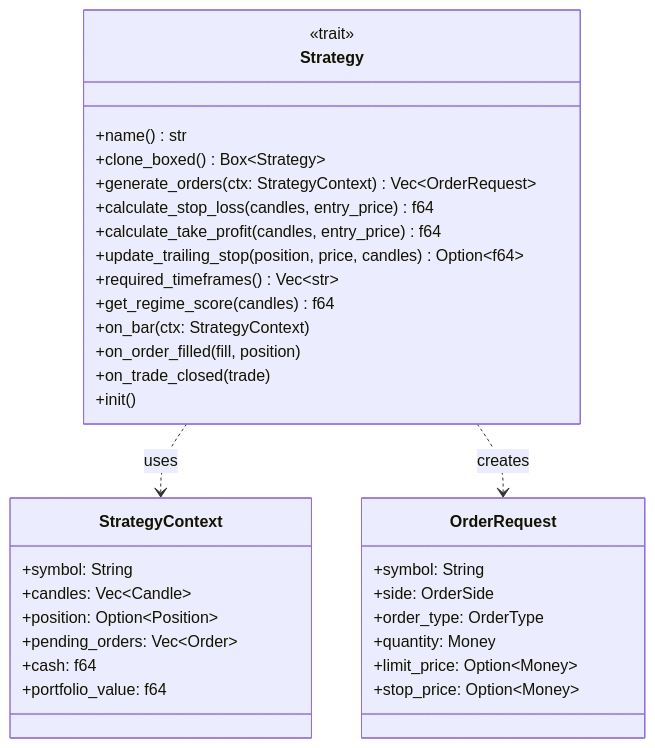
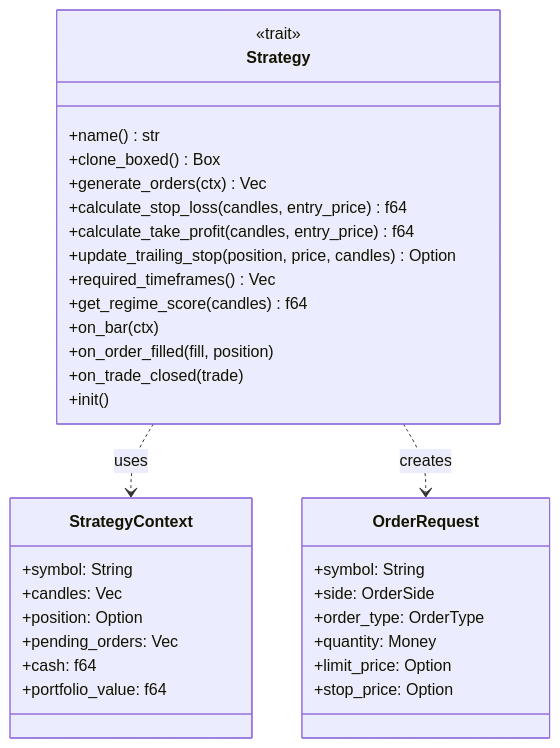
One commit to P0W/crypto-strategies changed the fifth of 8 diagrams in docs/ARCHITECTURE.md. Above: the diagram before and after it, drawn with Mermaid. The commit also changed other lines of this file, not shown here.

Commit message:
fix: Mermaid syntax - remove parentheses and generics

````diff
--- a/docs/ARCHITECTURE.md
+++ b/docs/ARCHITECTURE.md
@@ -185,39 +185,39 @@
 ```mermaid
 classDiagram
     class Strategy {
         <<trait>>
         +name() str
-        +clone_boxed() Box~Strategy~
-        +generate_orders(ctx: StrategyContext) Vec~OrderRequest~
+        +clone_boxed() Box
+        +generate_orders(ctx) Vec
         +calculate_stop_loss(candles, entry_price) f64
         +calculate_take_profit(candles, entry_price) f64
-        +update_trailing_stop(position, price, candles) Option~f64~
-        +required_timeframes() Vec~str~
+        +update_trailing_stop(position, price, candles) Option
+        +required_timeframes() Vec
         +get_regime_score(candles) f64
-        +on_bar(ctx: StrategyContext)
+        +on_bar(ctx)
         +on_order_filled(fill, position)
         +on_trade_closed(trade)
         +init()
     }
 
     class StrategyContext {
         +symbol: String
-        +candles: Vec~Candle~
-        +position: Option~Position~
-        +pending_orders: Vec~Order~
+        +candles: Vec
+        +position: Option
+        +pending_orders: Vec
         +cash: f64
         +portfolio_value: f64
     }
 
     class OrderRequest {
         +symbol: String
         +side: OrderSide
         +order_type: OrderType
         +quantity: Money
-        +limit_price: Option~Money~
-        +stop_price: Option~Money~
+        +limit_price: Option
+        +stop_price: Option
     }
 
     Strategy ..> StrategyContext : uses
     Strategy ..> OrderRequest : creates
 ```
````
